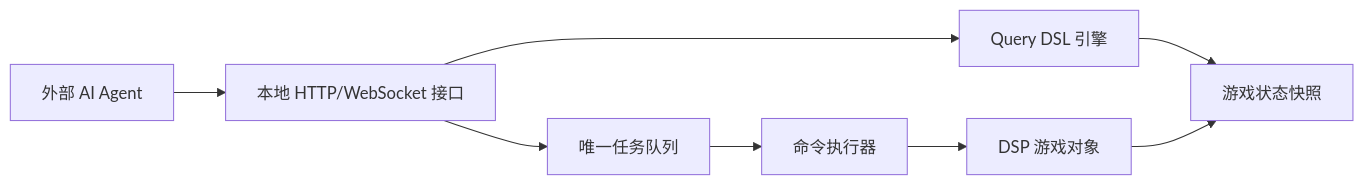
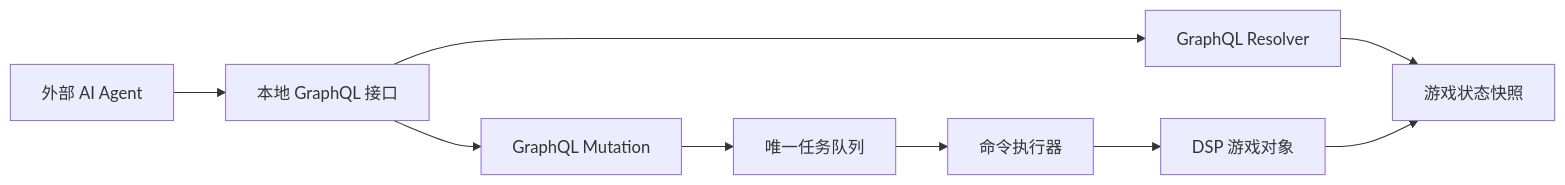
One commit to yeliex/AutomaticDSP changed the diagram in docs/technical-design.md. Above: the diagram before and after it, drawn with Mermaid. The commit also changed other lines of this file and 2 other files, not shown here.

Commit message:
docs: switch query model to GraphQL snapshots

````diff
--- a/docs/technical-design.md
+++ b/docs/technical-design.md
@@ -7,10 +7,11 @@
 ```mermaid
 flowchart LR
-  Agent["外部 AI Agent"] --> Bridge["本地 HTTP/WebSocket 接口"]
-  Bridge --> Query["Query DSL 引擎"]
-  Bridge --> Queue["唯一任务队列"]
+  Agent["外部 AI Agent"] --> GraphQL["本地 GraphQL 接口"]
+  GraphQL --> Query["GraphQL Resolver"]
+  GraphQL --> Mutation["GraphQL Mutation"]
   Query --> Snapshot["游戏状态快照"]
+  Mutation --> Queue["唯一任务队列"]
   Queue --> Executor["命令执行器"]
   Executor --> Game["DSP 游戏对象"]
   Game --> Snapshot
 ```
````
